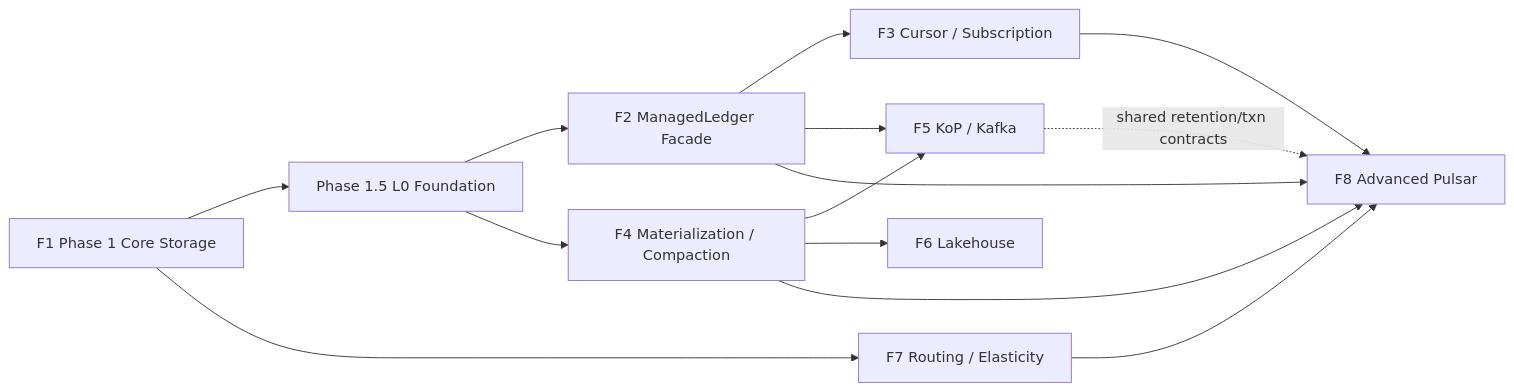
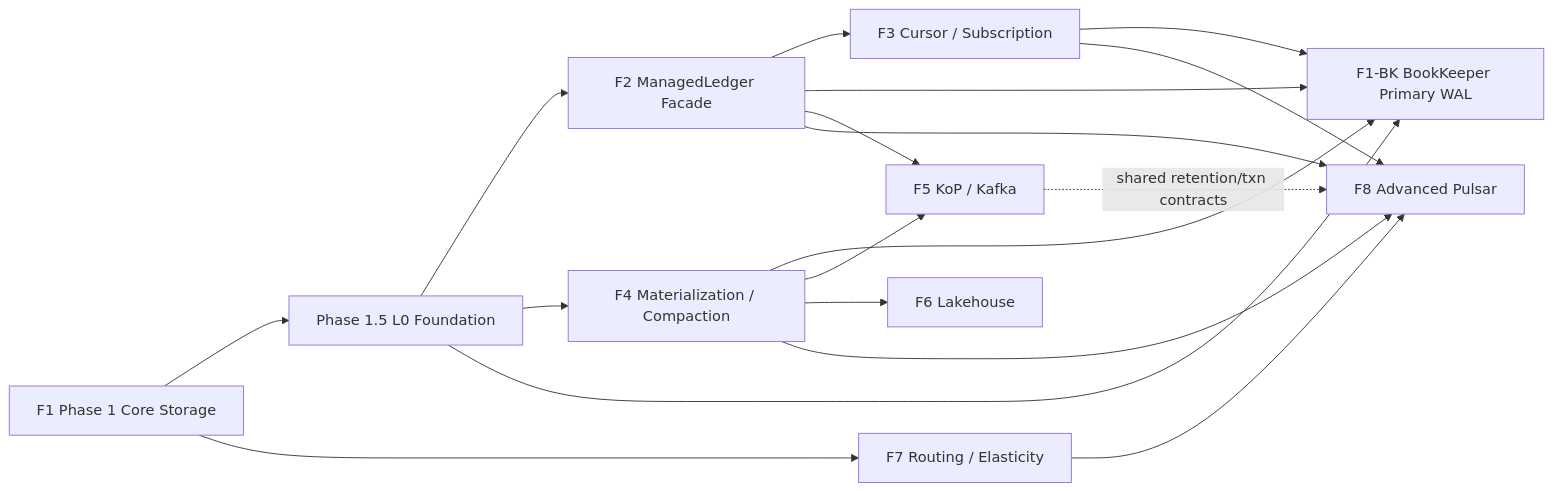
The diagram in docs/design/nereus-futures.md (nereusstream/nereus), drawn with Mermaid before and after one commit. The commit also changed other lines of this file and 15 other files, not shown here.

Commit message:
docs: add BookKeeper WAL delivery gates

````diff
--- a/docs/design/nereus-futures.md
+++ b/docs/design/nereus-futures.md
@@ -48,16 +49,20 @@
 ```mermaid
 flowchart LR
     F1["F1 Phase 1 Core Storage"] --> P15["Phase 1.5 L0 Foundation"]
     P15 --> F2["F2 ManagedLedger Facade"]
     P15 --> F4["F4 Materialization / Compaction"]
     F1 --> F7["F7 Routing / Elasticity"]
     F2 --> F3["F3 Cursor / Subscription"]
+    P15 --> FBK["F1-BK BookKeeper Primary WAL"]
+    F2 --> FBK
+    F3 --> FBK
+    F4 --> FBK
     F2 --> F5["F5 KoP / Kafka"]
     F4 --> F5
     F4 --> F6["F6 Lakehouse"]
     F2 --> F8["F8 Advanced Pulsar"]
     F3 --> F8
     F4 --> F8
     F7 --> F8
     F5 -. shared retention/txn contracts .-> F8
 ```
````
